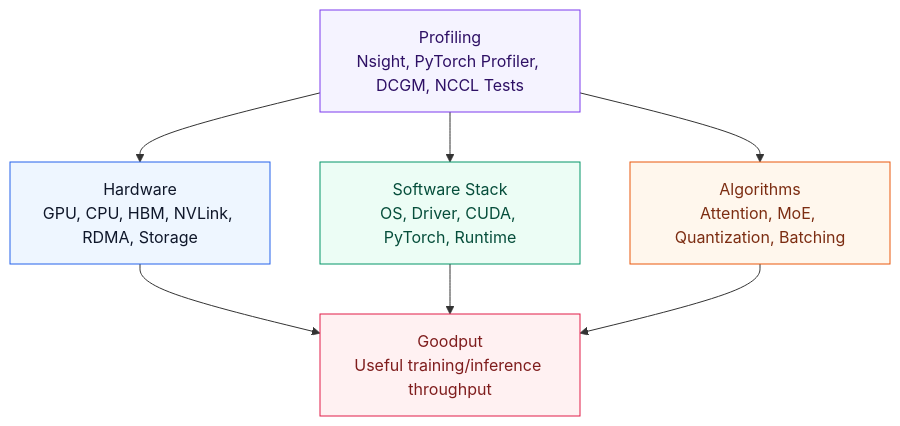
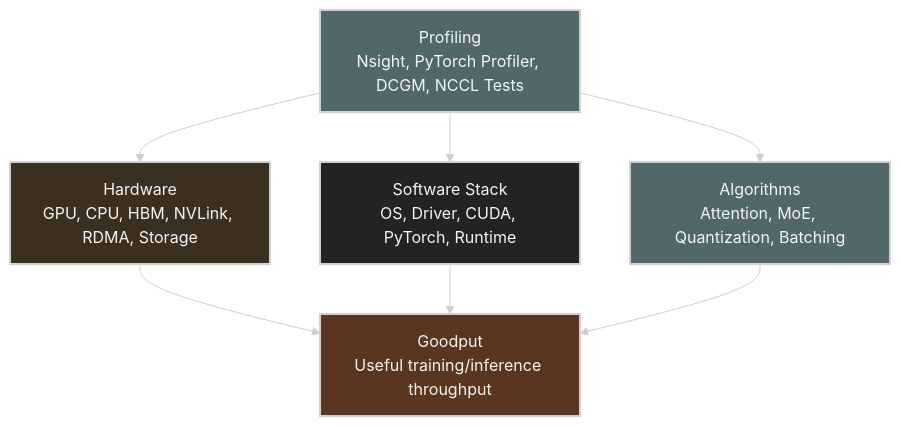
One commit to ziwon/ai-data-center-network changed the first of 9 diagrams in ai-system-performance-engineering/chap01/README.md. Above: the diagram before and after it, drawn with Mermaid. The commit also changed other lines of this file and 35 other files, not shown here.

Commit message:
docs(mermaid): apply dark diagram style

````diff
--- a/ai-system-performance-engineering/chap01/README.md
+++ b/ai-system-performance-engineering/chap01/README.md
@@ -43,21 +43,22 @@
 ```mermaid
+%%{init: {"theme": "base", "themeVariables": {"background": "#171717", "primaryColor": "#232323", "primaryTextColor": "#f5f5f5", "primaryBorderColor": "#d0d0d0", "lineColor": "#cfcfcf", "fontFamily": "Inter, Arial, sans-serif"}}}%%
 flowchart TB
-    classDef hw fill:#eef6ff,stroke:#2563eb,color:#0f172a
-    classDef sw fill:#ecfdf5,stroke:#059669,color:#064e3b
-    classDef alg fill:#fff7ed,stroke:#ea580c,color:#7c2d12
-    classDef metric fill:#f5f3ff,stroke:#7c3aed,color:#2e1065
-    classDef goal fill:#fff1f2,stroke:#e11d48,color:#7f1d1d
+    classDef hw fill:#3b2f20,stroke:#d0d0d0,color:#f5f5f5,stroke-width:2px;
+    classDef sw fill:#232323,stroke:#d0d0d0,color:#f5f5f5,stroke-width:2px;
+    classDef alg fill:#52676b,stroke:#d0d0d0,color:#f5f5f5,stroke-width:2px;
+    classDef metric fill:#52676b,stroke:#d0d0d0,color:#f5f5f5,stroke-width:2px;
+    classDef goal fill:#5a3520,stroke:#d0d0d0,color:#f5f5f5,stroke-width:2px;
 
     HW[Hardware<br/>GPU, CPU, HBM, NVLink, RDMA, Storage]:::hw
     SW[Software Stack<br/>OS, Driver, CUDA, PyTorch, Runtime]:::sw
     ALG[Algorithms<br/>Attention, MoE, Quantization, Batching]:::alg
     PROF[Profiling<br/>Nsight, PyTorch Profiler, DCGM, NCCL Tests]:::metric
     GP[Goodput<br/>Useful training/inference throughput]:::goal
 
     HW --> GP
     SW --> GP
     ALG --> GP
     PROF --> HW
     PROF --> SW
     PROF --> ALG
 ```
````
